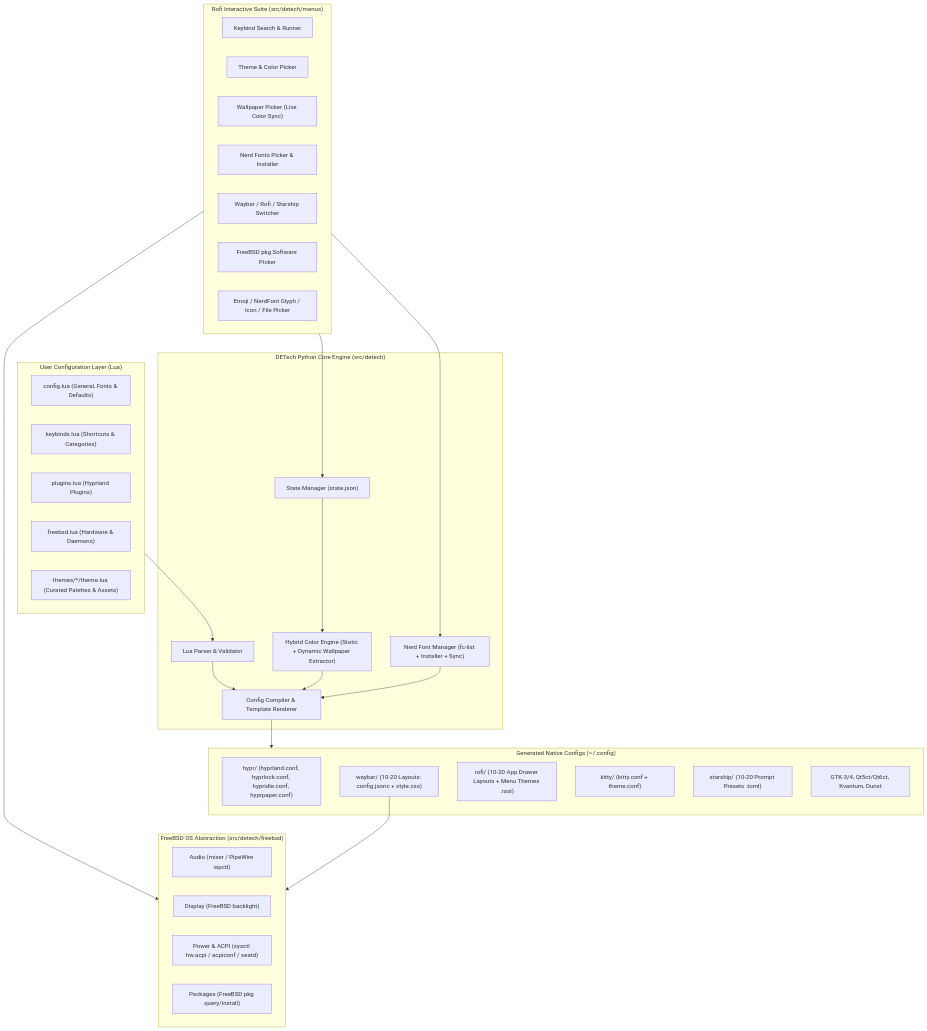
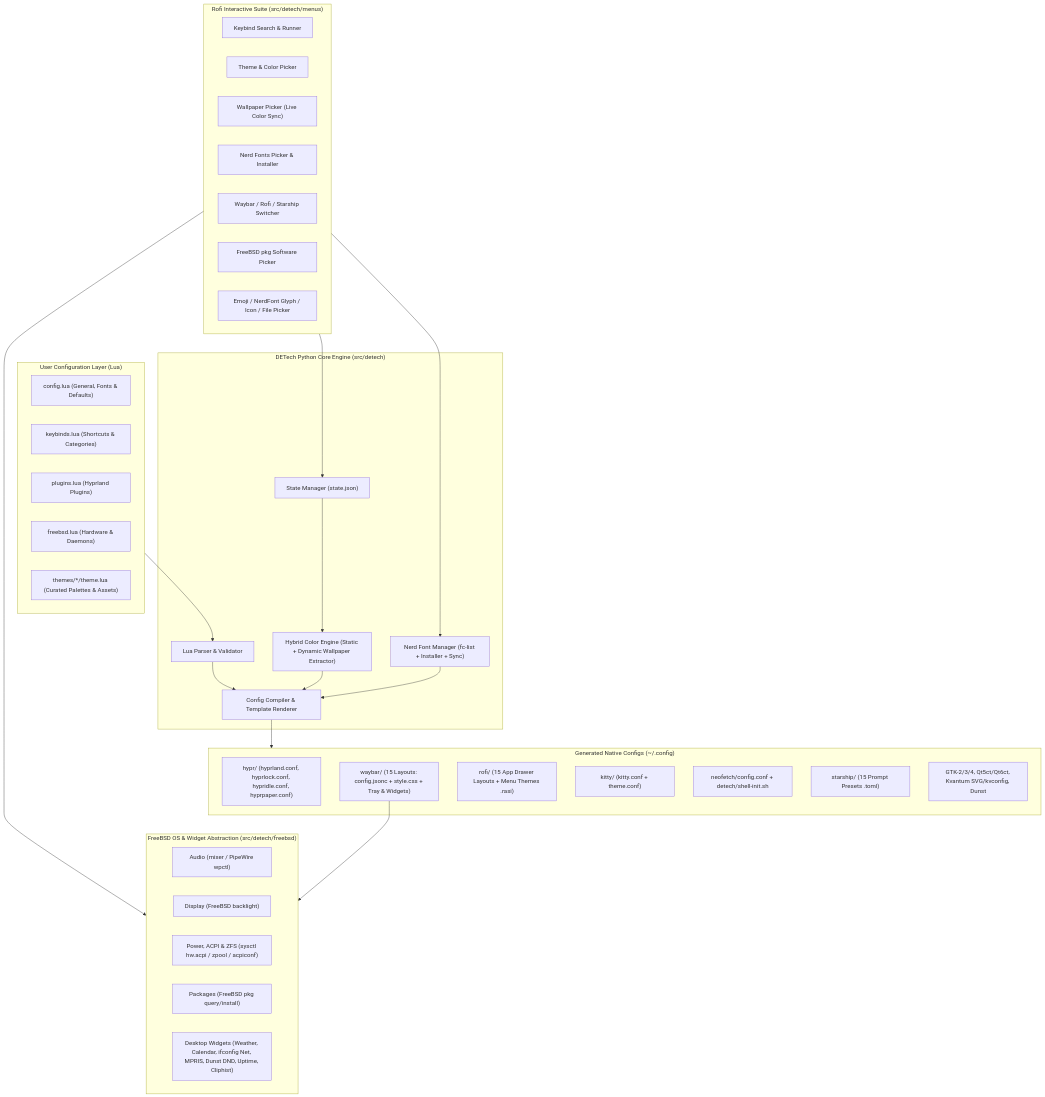
Before and after one commit to IndML101/detech: the diagram in docs/implementation-plan.md, drawn with Mermaid. The commit also changed other lines of this file and 3 other files, not shown here.

Commit message:
Switch FreeBSD installer to Python 3.12 (py312-pillow) and rofi

````diff
--- a/docs/implementation-plan.md
+++ b/docs/implementation-plan.md
@@ -11,55 +11,57 @@
 ```mermaid
 flowchart TD
     subgraph UserLayer["User Configuration Layer (Lua)"]
         MainLua["config.lua (General, Fonts & Defaults)"]
         KeysLua["keybinds.lua (Shortcuts & Categories)"]
         PluginsLua["plugins.lua (Hyprland Plugins)"]
         FreeBSDLua["freebsd.lua (Hardware & Daemons)"]
         ThemeLua["themes/*/theme.lua (Curated Palettes & Assets)"]
     end
 
     subgraph EngineLayer["DETech Python Core Engine (src/detech)"]
         LuaLoader["Lua Parser & Validator"]
         StateMgr["State Manager (state.json)"]
         ColorEng["Hybrid Color Engine (Static + Dynamic Wallpaper Extractor)"]
         FontEng["Nerd Font Manager (fc-list + Installer + Sync)"]
         Compiler["Config Compiler & Template Renderer"]
     end
 
     subgraph MenusLayer["Rofi Interactive Suite (src/detech/menus)"]
         KeyMenu["Keybind Search & Runner"]
         ThemePicker["Theme & Color Picker"]
         WallPicker["Wallpaper Picker (Live Color Sync)"]
         FontPicker["Nerd Fonts Picker & Installer"]
         LayoutSwitcher["Waybar / Rofi / Starship Switcher"]
         PkgPicker["FreeBSD pkg Software Picker"]
         GlyphPicker["Emoji / NerdFont Glyph / Icon / File Picker"]
     end
 
-    subgraph FreeBSDLayer["FreeBSD OS Abstraction (src/detech/freebsd)"]
+    subgraph FreeBSDLayer["FreeBSD OS & Widget Abstraction (src/detech/freebsd)"]
         Audio["Audio (mixer / PipeWire wpctl)"]
         Backlight["Display (FreeBSD backlight)"]
-        Power["Power & ACPI (sysctl hw.acpi / acpiconf / seatd)"]
+        Power["Power, ACPI & ZFS (sysctl hw.acpi / zpool / acpiconf)"]
         Pkg["Packages (FreeBSD pkg query/install)"]
+        Widgets["Desktop Widgets (Weather, Calendar, ifconfig Net, MPRIS, Dunst DND, Uptime, Cliphist)"]
     end
 
     subgraph OutputLayer["Generated Native Configs (~/.config)"]
         Hypr["hypr/ (hyprland.conf, hyprlock.conf, hypridle.conf, hyprpaper.conf)"]
-        Waybar["waybar/ (10-20 Layouts: config.jsonc + style.css)"]
-        Rofi["rofi/ (10-20 App Drawer Layouts + Menu Themes .rasi)"]
+        Waybar["waybar/ (15 Layouts: config.jsonc + style.css + Tray & Widgets)"]
+        Rofi["rofi/ (15 App Drawer Layouts + Menu Themes .rasi)"]
         Kitty["kitty/ (kitty.conf + theme.conf)"]
-        Starship["starship/ (10-20 Prompt Presets .toml)"]
-        GTKQt["GTK-3/4, Qt5ct/Qt6ct, Kvantum, Dunst"]
+        Neofetch["neofetch/config.conf + detech/shell-init.sh"]
+        Starship["starship/ (15 Prompt Presets .toml)"]
+        GTKQt["GTK-2/3/4, Qt5ct/Qt6ct, Kvantum SVG/kvconfig, Dunst"]
     end
 
     UserLayer --> LuaLoader
     MenusLayer --> StateMgr
     MenusLayer --> FontEng
     LuaLoader --> Compiler
     StateMgr --> ColorEng
     ColorEng --> Compiler
     FontEng --> Compiler
     Compiler --> OutputLayer
     MenusLayer --> FreeBSDLayer
     Waybar --> FreeBSDLayer
 ```
````
